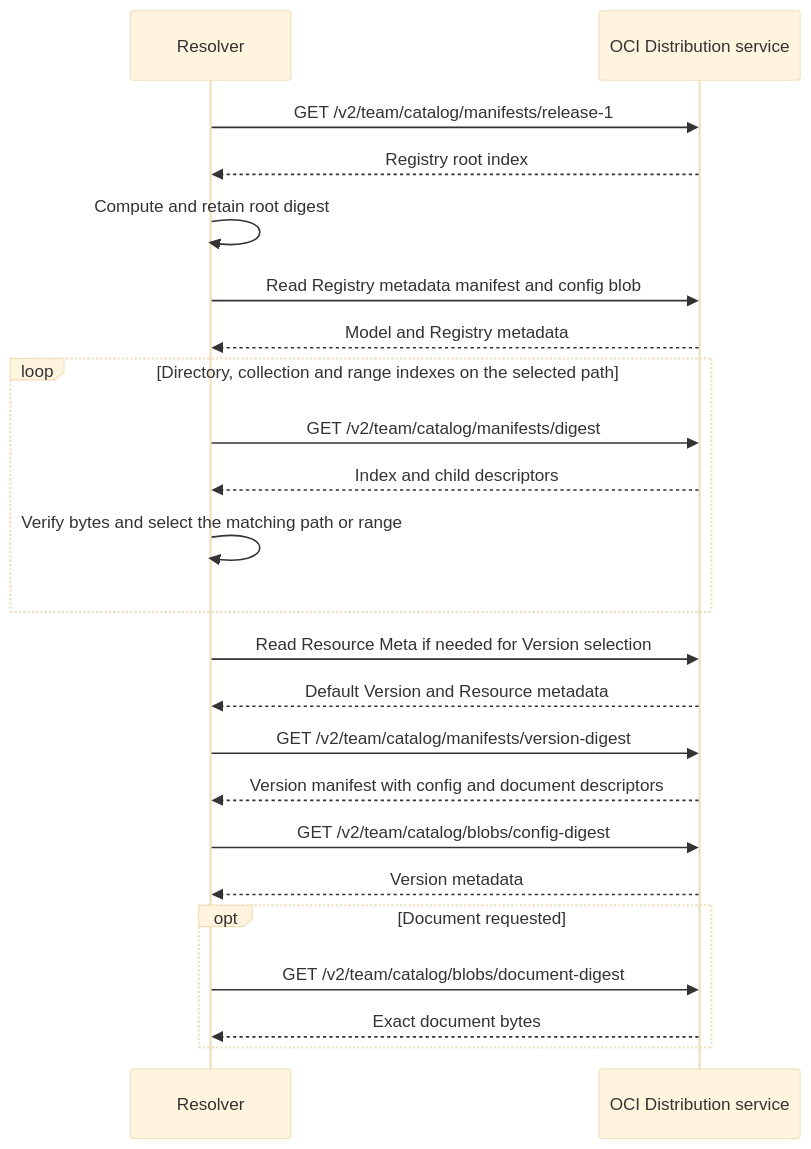
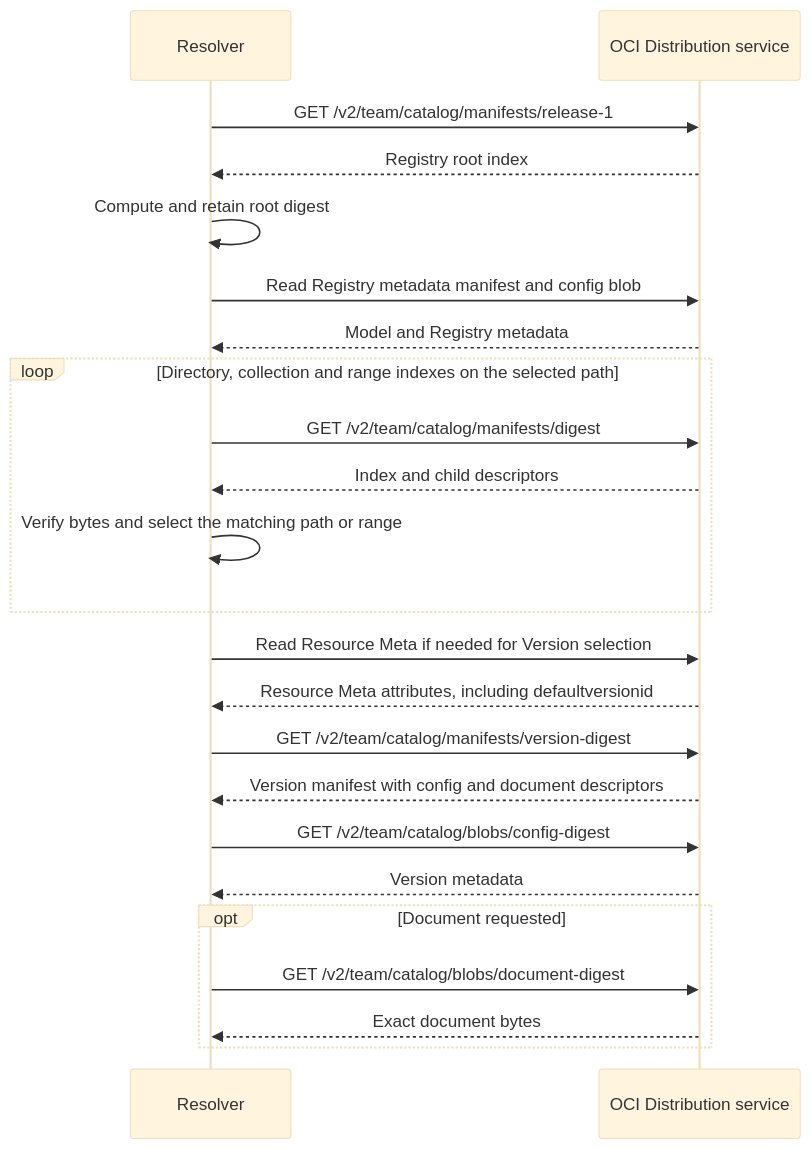
Before and after one commit to xregistry/spec: the second of 2 diagrams in workingdrafts/bindings/oci.md, drawn with Mermaid (base theme). The commit also changed other lines of this file and 24 other files, not shown here.

````diff
--- a/workingdrafts/bindings/oci.md
+++ b/workingdrafts/bindings/oci.md
@@ -766,25 +787,25 @@
 ```mermaid
 sequenceDiagram
     participant C as Resolver
     participant O as OCI Distribution service
     C->>O: GET /v2/team/catalog/manifests/release-1
     O-->>C: Registry root index
     C->>C: Compute and retain root digest
     C->>O: Read Registry metadata manifest and config blob
     O-->>C: Model and Registry metadata
     loop Directory, collection and range indexes on the selected path
         C->>O: GET /v2/team/catalog/manifests/digest
         O-->>C: Index and child descriptors
         C->>C: Verify bytes and select the matching path or range
     end
     C->>O: Read Resource Meta if needed for Version selection
-    O-->>C: Default Version and Resource metadata
+    O-->>C: Resource Meta attributes, including defaultversionid
     C->>O: GET /v2/team/catalog/manifests/version-digest
     O-->>C: Version manifest with config and document descriptors
     C->>O: GET /v2/team/catalog/blobs/config-digest
     O-->>C: Version metadata
     opt Document requested
         C->>O: GET /v2/team/catalog/blobs/document-digest
         O-->>C: Exact document bytes
     end
 ```
````
